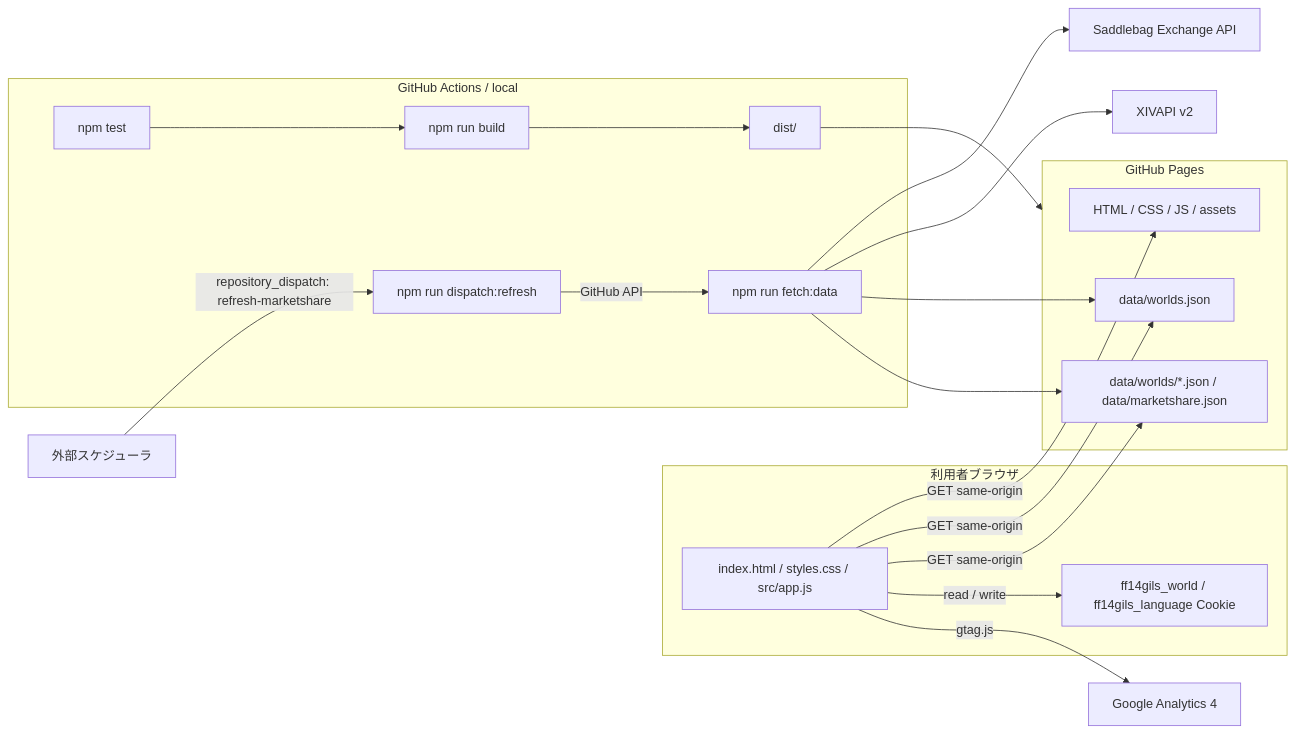
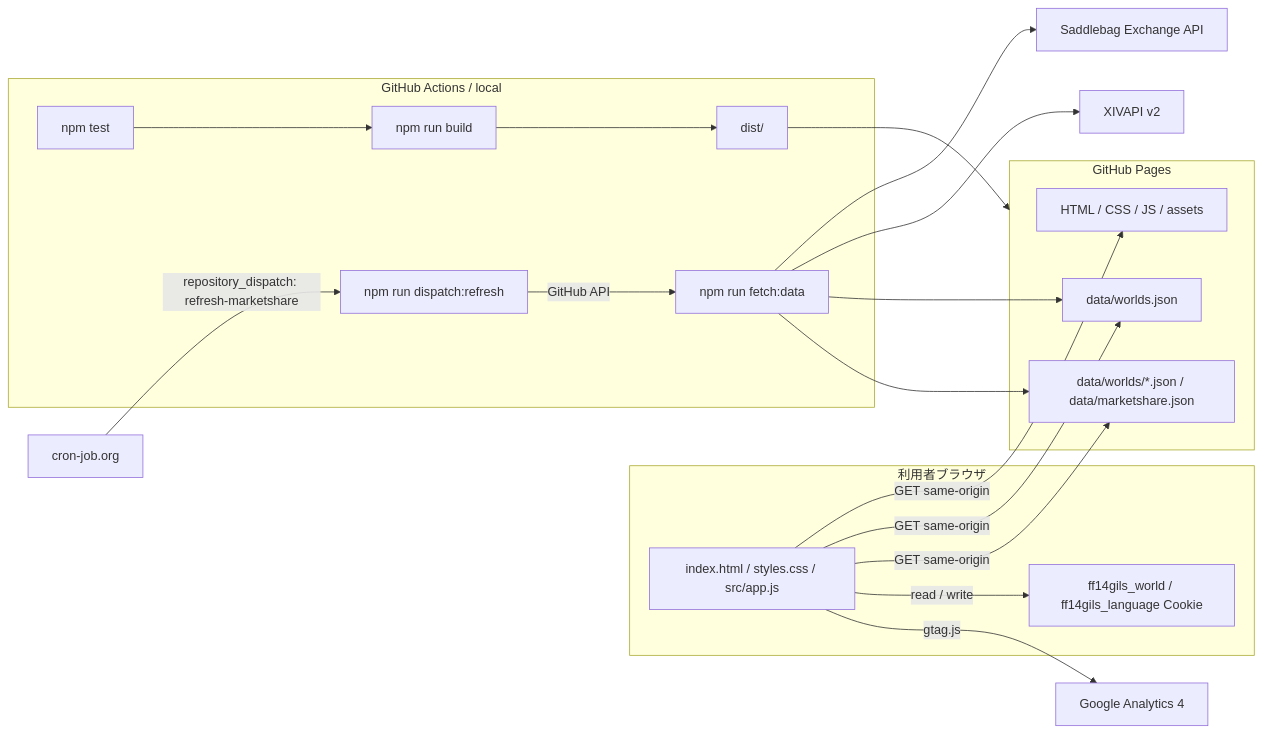
One commit to jinwktk/FF14Gils changed the diagram in README.md. Above: the diagram before and after it, drawn with Mermaid. The commit also changed other lines of this file, not shown here.

Commit message:
cron-job.orgで毎時更新する運用を記録

````diff
--- a/README.md
+++ b/README.md
@@ -40,43 +40,43 @@
 ```mermaid
 flowchart LR
   subgraph Browser["利用者ブラウザ"]
     Ui["index.html / styles.css / src/app.js"]
     Cookie["ff14gils_world / ff14gils_language Cookie"]
   end
 
   subgraph Pages["GitHub Pages"]
     Static["HTML / CSS / JS / assets"]
     WorldIndex["data/worlds.json"]
     Snapshots["data/worlds/*.json / data/marketshare.json"]
   end
 
   subgraph Pipeline["GitHub Actions / local"]
     Tests["npm test"]
     FetchData["npm run fetch:data"]
     Dispatch["npm run dispatch:refresh"]
     Build["npm run build"]
     Dist["dist/"]
   end
 
-  ExternalScheduler["外部スケジューラ"]
+  ExternalScheduler["cron-job.org"]
 
   Saddlebag["Saddlebag Exchange API"]
   Xivapi["XIVAPI v2"]
   Analytics["Google Analytics 4"]
 
   Ui -->|"GET same-origin"| Static
   Ui -->|"GET same-origin"| WorldIndex
   Ui -->|"GET same-origin"| Snapshots
   Ui -->|"read / write"| Cookie
   Ui -->|"gtag.js"| Analytics
 
   FetchData --> Saddlebag
   FetchData --> Xivapi
   FetchData --> WorldIndex
   FetchData --> Snapshots
   ExternalScheduler -->|"repository_dispatch: refresh-marketshare"| Dispatch
   Dispatch -->|"GitHub API"| FetchData
   Tests --> Build
   Build --> Dist
   Dist --> Pages
 ```
````
